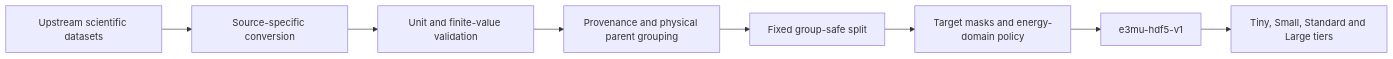
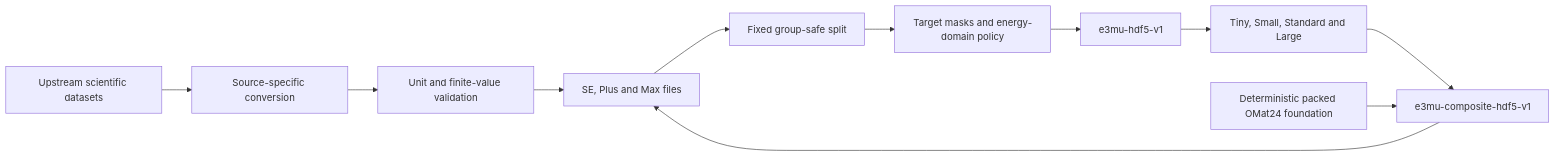
One commit to FonaTech/E3-miu-GNN changed the first of 3 diagrams in docs/DATASETS.md. Above: the diagram before and after it, drawn with Mermaid. The commit also changed other lines of this file and 12 other files, not shown here.

````diff
--- a/docs/DATASETS.md
+++ b/docs/DATASETS.md
@@ -24,10 +24,13 @@
 ```mermaid
 flowchart LR
     U[Upstream scientific datasets] --> C[Source-specific conversion]
     C --> V[Unit and finite-value validation]
     V --> P[Provenance and physical parent grouping]
     P --> S[Fixed group-safe split]
     S --> M[Target masks and energy-domain policy]
     M --> H[e3mu-hdf5-v1]
-    H --> T[Tiny, Small, Standard and Large tiers]
+    H --> T[Tiny, Small, Standard and Large]
+    T --> X[e3mu-composite-hdf5-v1]
+    O[Deterministic packed OMat24 foundation] --> X
+    X --> P[SE, Plus and Max files]
 ```
````
